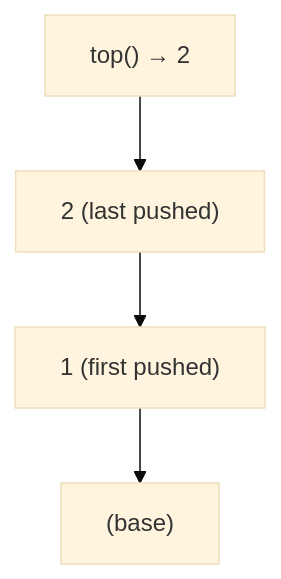
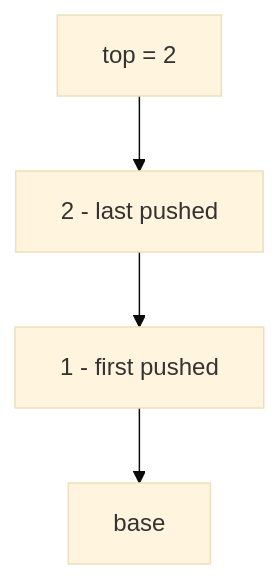
The second of 6 diagrams in README.md (dericjojo-codecraft/cc-7-deric), drawn with Mermaid (base theme) before and after one commit. The commit also changed other lines of this file, not shown here.

````diff
--- a/README.md
+++ b/README.md
@@ -157,6 +162,6 @@
 ```mermaid
 graph TB
-  T["top() → 2"] --> N2["2 (last pushed)"]
-  N2 --> N1["1 (first pushed)"]
-  N1 --> B["(base)"]
+  T["top = 2"] --> N2["2 - last pushed"]
+  N2 --> N1["1 - first pushed"]
+  N1 --> B["base"]
 ```
````
